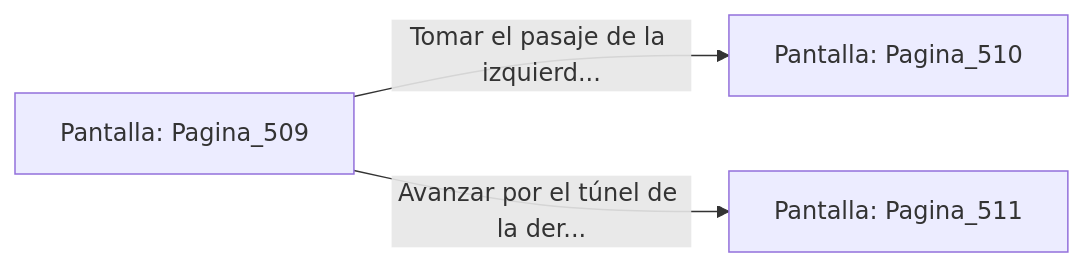
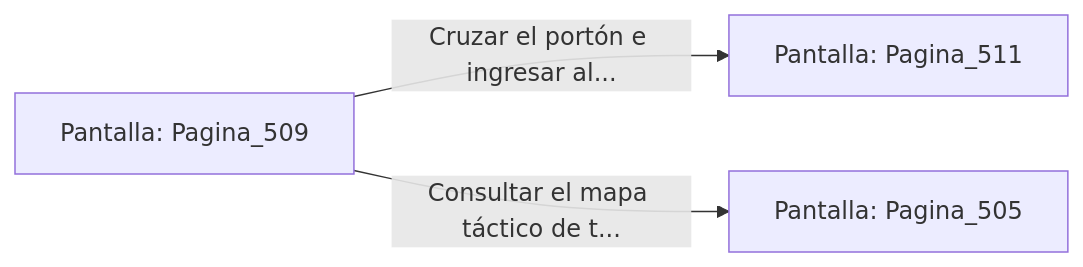
Before and after one commit to metsuke/mpl: the diagram in sample/eligejuego-vault/Pantalla_Pagina_509.md, drawn with Mermaid. The commit also changed other lines of this file and 635 other files, not shown here.

First line of the commit message:
fix: añadir Pagina_1 como pantalla inicial en capitulo_01.mpl

````diff
--- a/sample/eligejuego-vault/Pantalla_Pagina_509.md
+++ b/sample/eligejuego-vault/Pantalla_Pagina_509.md
@@ -20,6 +24,6 @@
 ```mermaid
 graph LR
     P_Pagina_509["Pantalla: Pagina_509"]
-    P_Pagina_509 -->|"Tomar el pasaje de la izquierd..."| P_Pagina_510["Pantalla: Pagina_510"]
-    P_Pagina_509 -->|"Avanzar por el túnel de la der..."| P_Pagina_511["Pantalla: Pagina_511"]
+    P_Pagina_509 -->|"Cruzar el portón e ingresar al..."| P_Pagina_511["Pantalla: Pagina_511"]
+    P_Pagina_509 -->|"Consultar el mapa táctico de t..."| P_Pagina_505["Pantalla: Pagina_505"]
 ```
````
